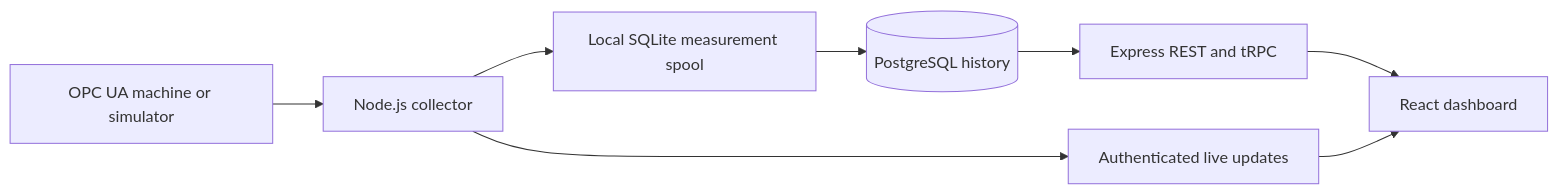
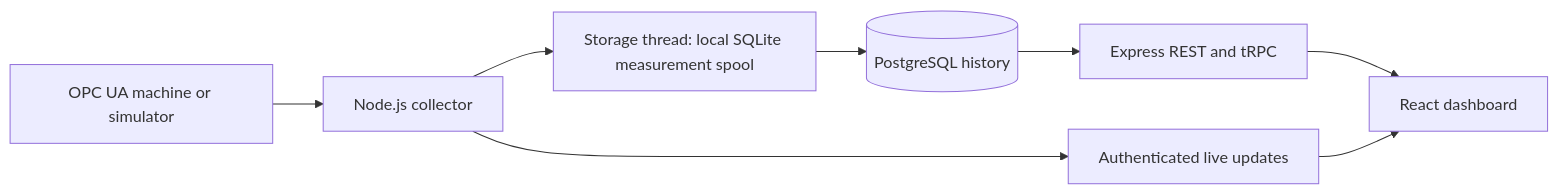
One commit to Sparkz400/industrial-performance-dashboard changed the diagram in docs/ARCHITECTURE.md. Above: the diagram before and after it, drawn with Mermaid. The commit also changed 30 other files, not shown here.

Commit message:
fix: keep durable spool writes off the HTTP thread

````diff
--- a/docs/ARCHITECTURE.md
+++ b/docs/ARCHITECTURE.md
@@ -6,10 +6,10 @@
 ```mermaid
 flowchart LR
   Machine[OPC UA machine or simulator] --> Collector[Node.js collector]
-  Collector --> Spool[Local SQLite measurement spool]
+  Collector --> Spool[Storage thread: local SQLite measurement spool]
   Spool --> Database[(PostgreSQL history)]
   Collector --> Socket[Authenticated live updates]
   Database --> API[Express REST and tRPC]
   API --> UI[React dashboard]
   Socket --> UI
 ```
````
